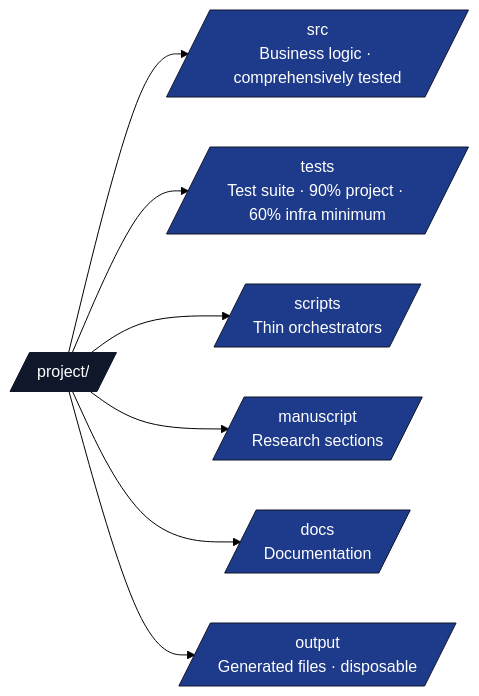
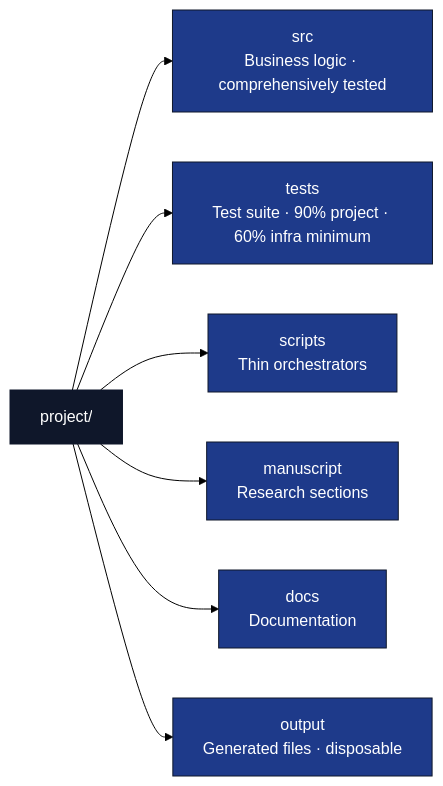
One commit to docxology/template changed the first of 2 diagrams in docs/best-practices/best-practices.md. Above: the diagram before and after it, drawn with Mermaid (forest theme). The commit also changed other lines of this file and 94 other files, not shown here.

First line of the commit message:
refactor(infra): close out thermo-nuclear audit waves F–O

````diff
--- a/docs/best-practices/best-practices.md
+++ b/docs/best-practices/best-practices.md
@@ -15,15 +15,15 @@
 ```mermaid
 flowchart LR
-    P[/project//]
-    P --> SRC[/src<br/>Business logic · comprehensively tested/]
-    P --> T[/tests<br/>Test suite · 90% project · 60% infra minimum/]
-    P --> SC[/scripts<br/>Thin orchestrators/]
-    P --> M[/manuscript<br/>Research sections/]
-    P --> DOC[/docs<br/>Documentation/]
-    P --> OUT[/output<br/>Generated files · disposable/]
+    P[project/]
+    P --> SRC[src<br/>Business logic · comprehensively tested]
+    P --> T[tests<br/>Test suite · 90% project · 60% infra minimum]
+    P --> SC[scripts<br/>Thin orchestrators]
+    P --> M[manuscript<br/>Research sections]
+    P --> DOC[docs<br/>Documentation]
+    P --> OUT[output<br/>Generated files · disposable]
 
     classDef d fill:#0f172a,stroke:#0f172a,color:#fff
     classDef pkg fill:#1e3a8a,stroke:#0f172a,color:#fff
     class P d
     class SRC,T,SC,M,DOC,OUT pkg
 ```
````
